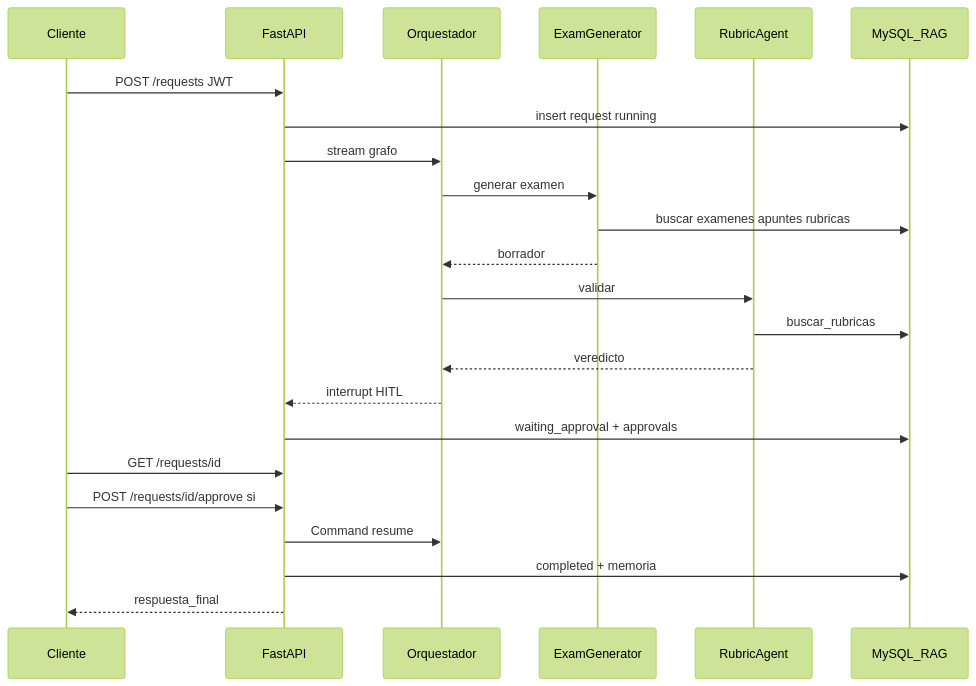
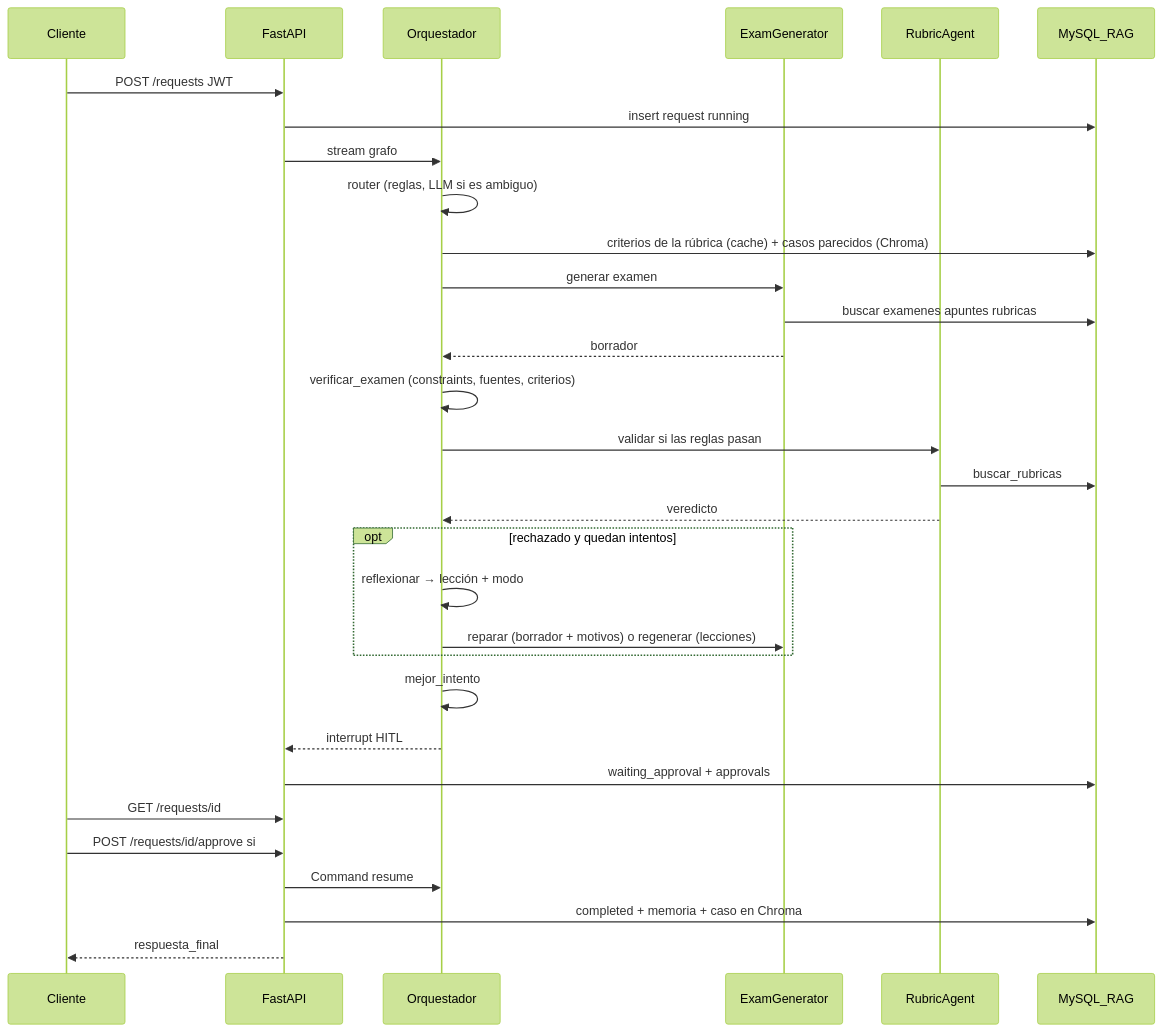
Before and after one commit to DavidLeonP/Orquestacion-Agentes: the fourth of 4 diagrams in docs/arquitectura.md, drawn with Mermaid (forest theme). The commit also changed other lines of this file and 70 other files, not shown here.

````diff
--- a/docs/arquitectura.md
+++ b/docs/arquitectura.md
@@ -264,25 +359,33 @@
 ```mermaid
 sequenceDiagram
     participant C as Cliente
     participant API as FastAPI
     participant O as Orquestador
     participant E as ExamGenerator
     participant R as RubricAgent
     participant DB as MySQL_RAG
     C->>API: POST /requests JWT
     API->>DB: insert request running
     API->>O: stream grafo
+    O->>O: router (reglas, LLM si es ambiguo)
+    O->>DB: criterios de la rúbrica (cache) + casos parecidos (Chroma)
     O->>E: generar examen
     E->>DB: buscar examenes apuntes rubricas
     E-->>O: borrador
-    O->>R: validar
+    O->>O: verificar_examen (constraints, fuentes, criterios)
+    O->>R: validar si las reglas pasan
     R->>DB: buscar_rubricas
     R-->>O: veredicto
+    opt rechazado y quedan intentos
+        O->>O: reflexionar → lección + modo
+        O->>E: reparar (borrador + motivos) o regenerar (lecciones)
+    end
+    O->>O: mejor_intento
     O-->>API: interrupt HITL
     API->>DB: waiting_approval + approvals
     C->>API: GET /requests/id
     C->>API: POST /requests/id/approve si
     API->>O: Command resume
-    API->>DB: completed + memoria
+    API->>DB: completed + memoria + caso en Chroma
     API-->>C: respuesta_final
 ```
````
